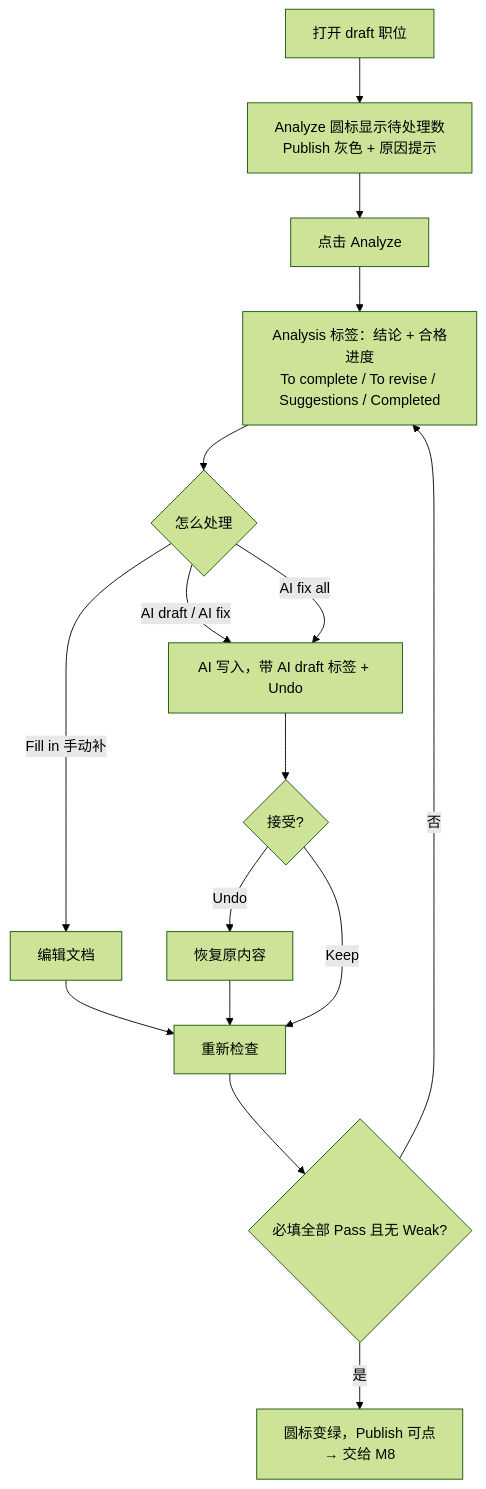
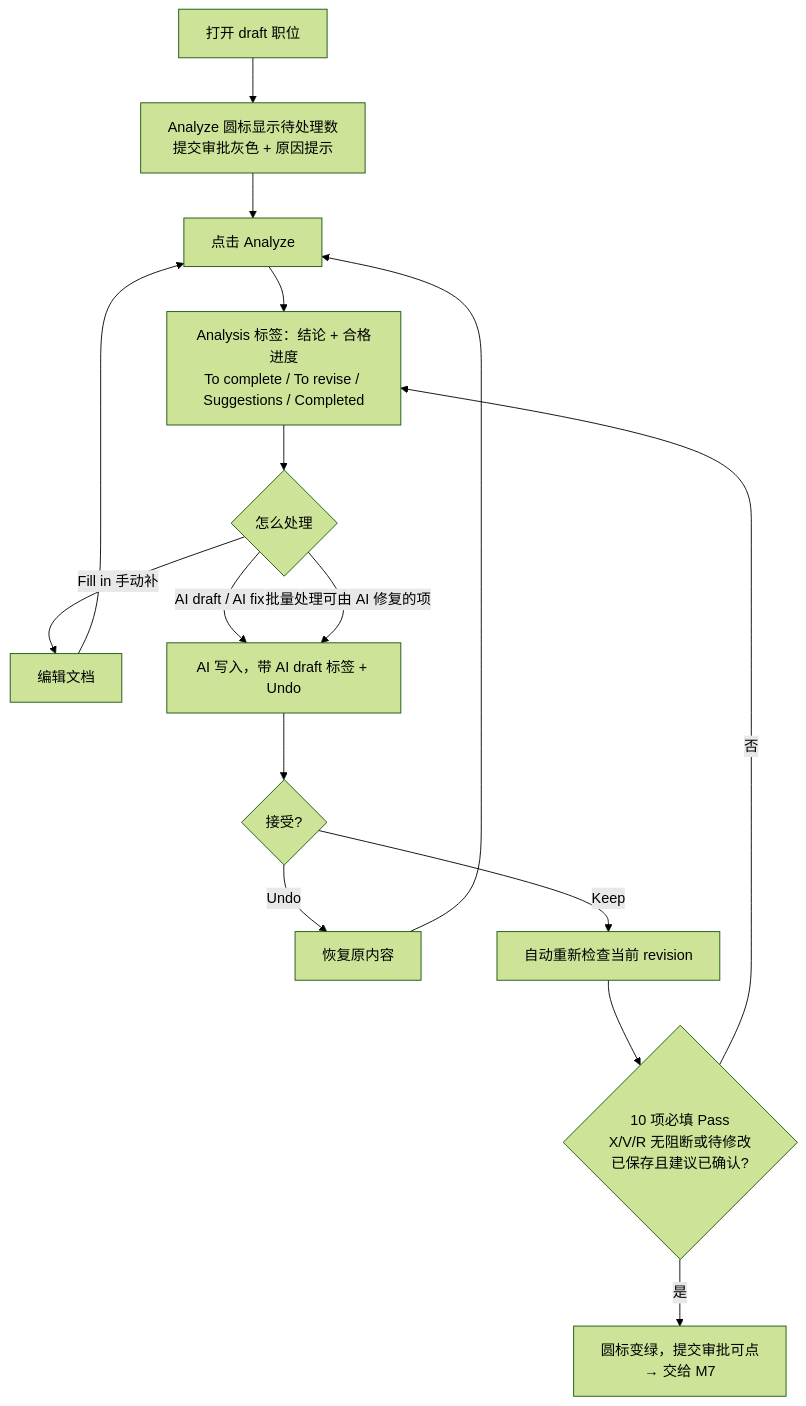
The diagram in docs/product/JD_Management/M6_Analyze_AI_Fix/User_Journey.md (TelyAgent/HireOSV2), drawn with Mermaid (forest theme) before and after one commit. The commit also changed other lines of this file and 327 other files, not shown here.

````diff
--- a/docs/product/JD_Management/M6_Analyze_AI_Fix/User_Journey.md
+++ b/docs/product/JD_Management/M6_Analyze_AI_Fix/User_Journey.md
@@ -37,18 +37,18 @@
 ```mermaid
 flowchart TD
-  O[打开 draft 职位] --> B[Analyze 圆标显示待处理数<br/>Publish 灰色 + 原因提示]
+  O[打开 draft 职位] --> B[Analyze 圆标显示待处理数<br/>提交审批灰色 + 原因提示]
   B --> A[点击 Analyze]
   A --> R[Analysis 标签：结论 + 合格进度<br/>To complete / To revise / Suggestions / Completed]
   R --> D{怎么处理}
   D -->|Fill in 手动补| E[编辑文档]
   D -->|AI draft / AI fix| F[AI 写入，带 AI draft 标签 + Undo]
-  D -->|AI fix all| F
+  D -->|批量处理可由 AI 修复的项| F
   F --> K{接受?}
   K -->|Undo| E0[恢复原内容]
-  K -->|Keep| G
-  E --> G[重新检查]
-  E0 --> G
-  G --> H{必填全部 Pass 且无 Weak?}
+  K -->|Keep| G[自动重新检查当前 revision]
+  E --> A
+  E0 --> A
+  G --> H{10 项必填 Pass<br/>X/V/R 无阻断或待修改<br/>已保存且建议已确认?}
   H -->|否| R
-  H -->|是| P[圆标变绿，Publish 可点<br/>→ 交给 M8]
+  H -->|是| P[圆标变绿，提交审批可点<br/>→ 交给 M7]
 ```
````
